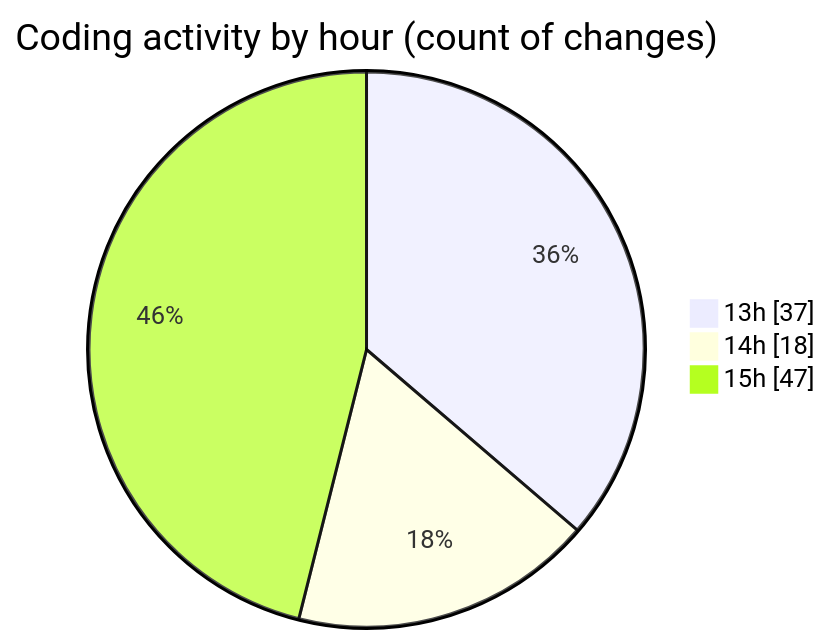
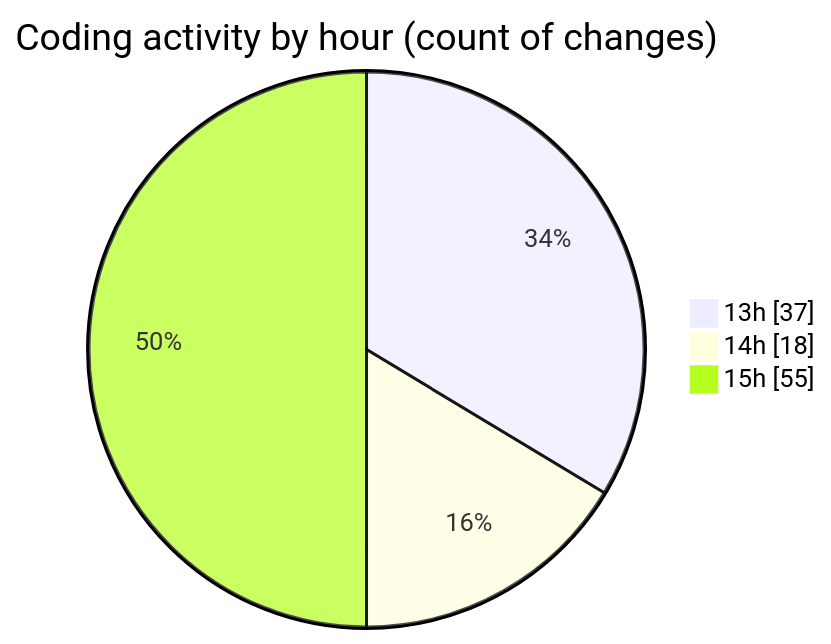
One commit to Unknowalive/code-tracking changed the second of 2 diagrams in 2026-04-11/scripting_workshop/README.md. Above: the diagram before and after it, drawn with Mermaid. The commit also changed other lines of this file and 1 other file, not shown here.

````diff
--- a/2026-04-11/scripting_workshop/README.md
+++ b/2026-04-11/scripting_workshop/README.md
@@ -64,7 +64,7 @@
 ```mermaid
 pie showData
 title Coding activity by hour (count of changes)
 "13h" : 37
 "14h" : 18
-"15h" : 47
+"15h" : 55
 ```
````
